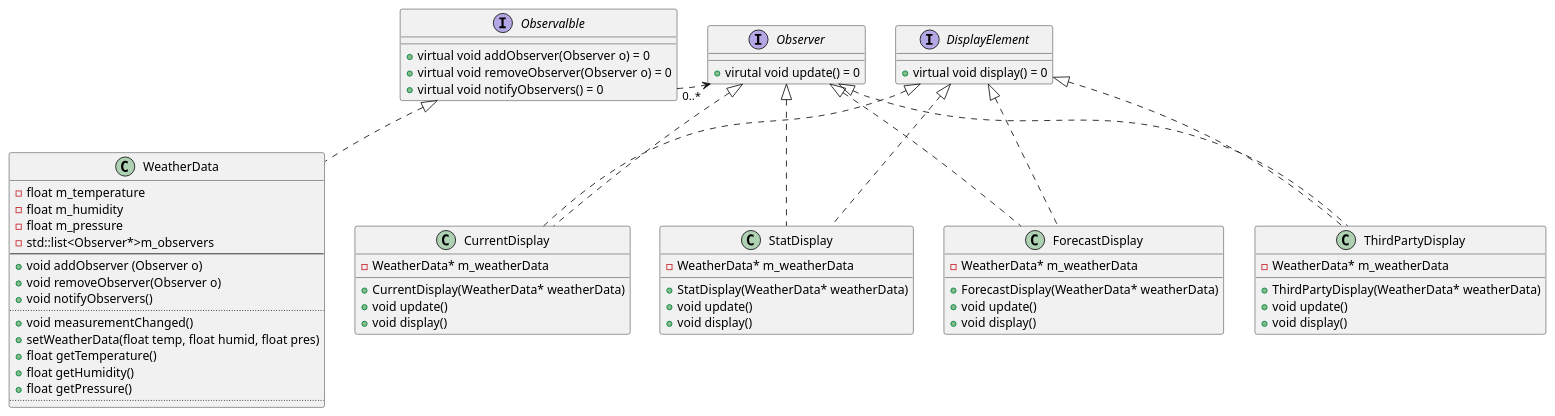
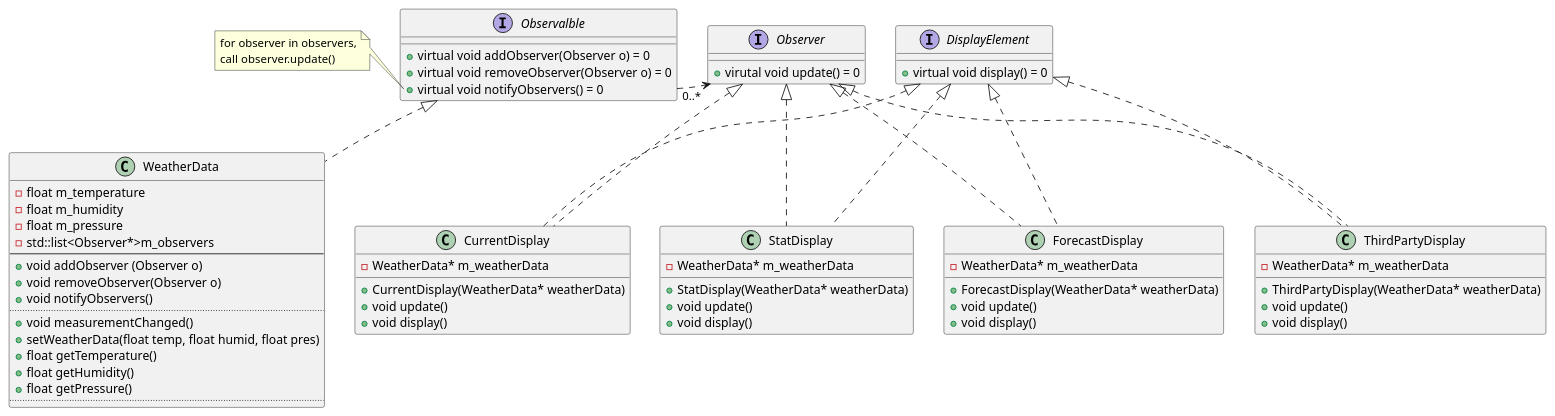
Before and after one commit to jwbecalm/Head-First-Design-Patterns-in-CPP: the diagram in ch02_Observer/plantuml/Observer_class.plantuml, drawn with PlantUML.

Commit message:
update plantuml

```diff
--- a/ch02_Observer/plantuml/Observer_class.plantuml
+++ b/ch02_Observer/plantuml/Observer_class.plantuml
@@ -1,79 +1,84 @@
 @startuml Observer Pattern
 
 Interface Observalble{
     + virtual void addObserver(Observer o) = 0
     + virtual void removeObserver(Observer o) = 0
     + virtual void notifyObservers() = 0
 }
+note left of Observalble::notifyObservers
+for observer in observers,
+call observer.update()
+end note
+
 Interface Observer{
     + virutal void update() = 0
 }
 Interface DisplayElement{
     + virtual void display() = 0
     
 }
 
 class WeatherData implements  Observalble{
     ' store the weather data from weather station
     - float m_temperature
     - float m_humidity
     - float m_pressure
     ' store all the observers' pointer in vector for nothify when weather data changed
     - std::list<Observer*>m_observers 
     --
     + void addObserver (Observer o)
     + void removeObserver(Observer o) 
     + void notifyObservers()
     ..
     ' when weather data changed, this method will be invoked
     + void measurementChanged()
     ' simulate weaher data changed
     + setWeatherData(float temp, float humid, float pres)
     ' get method for Observer use
     + float getTemperature()
     + float getHumidity()
     + float getPressure()
     ' new get method can be add for future requirement
     ..
 }
 
 class CurrentDisplay implements Observer, DisplayElement{
     - WeatherData* m_weatherData
     + CurrentDisplay(WeatherData* weatherData)
     + void update()
     + void display()
 }
 
 class StatDisplay implements Observer, DisplayElement{
     - WeatherData* m_weatherData
     + StatDisplay(WeatherData* weatherData)
     + void update()
     + void display()
 }
 
 class ForecastDisplay implements Observer, DisplayElement{
     - WeatherData* m_weatherData
     + ForecastDisplay(WeatherData* weatherData)
     + void update()
     + void display()
 }
 class ThirdPartyDisplay implements Observer, DisplayElement{
     - WeatherData* m_weatherData
     + ThirdPartyDisplay(WeatherData* weatherData)
     + void update()
     + void display()
 }
 Observalble ..>"0..*" Observer
 'CurrentDisplay --> WeatherData
 'StatDisplay --> WeatherData
 'ForecastDisplay --> WeatherData
 'ThirdPartyDisplay --> WeatherData
 
 'Layout modify
 Observalble -[hidden]> Observer 
 Observer -[hidden]> DisplayElement
 
 CurrentDisplay -[hidden]> StatDisplay 
 StatDisplay -[hidden]> ForecastDisplay 
 ForecastDisplay -[hidden]> ThirdPartyDisplay 
 @enduml
```
